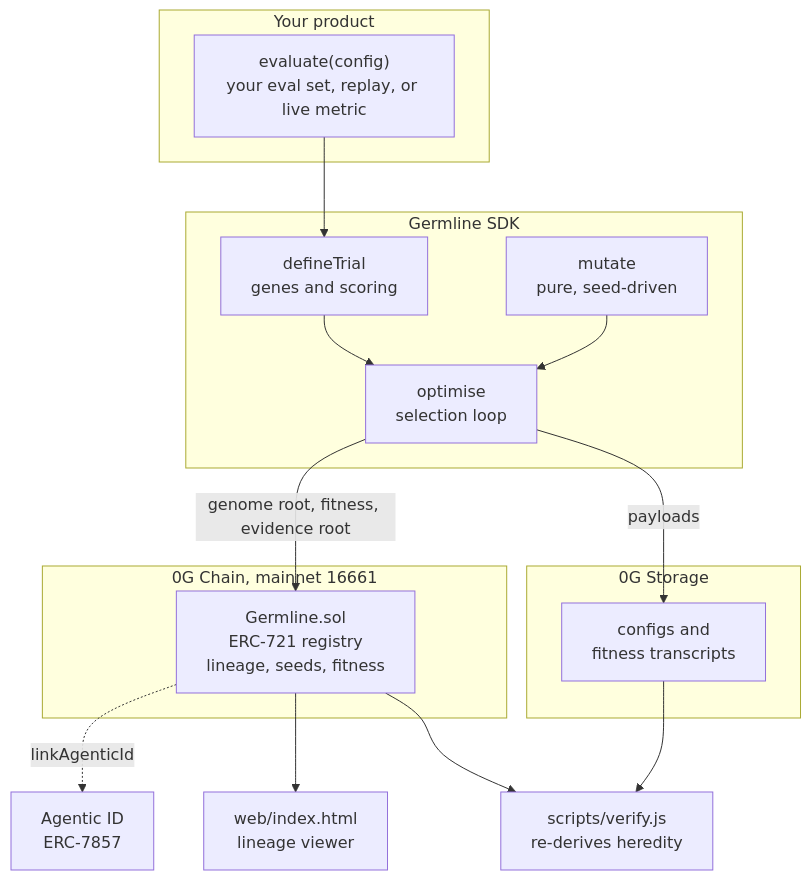
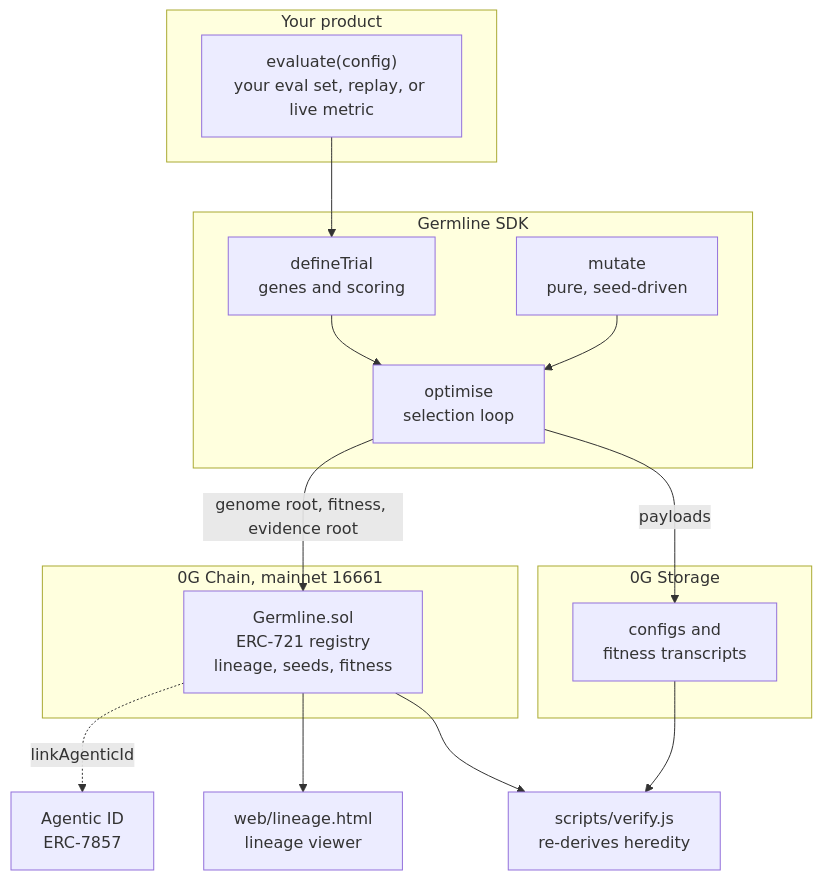
Before and after one commit to let-the-dreamers-rise/germline: the first of 2 diagrams in docs/ARCHITECTURE.md, drawn with Mermaid. The commit also changed 7 other files, not shown here.

````diff
--- a/docs/ARCHITECTURE.md
+++ b/docs/ARCHITECTURE.md
@@ -5,34 +5,34 @@
 ```mermaid
 flowchart TB
   subgraph product["Your product"]
     EV["evaluate(config)\nyour eval set, replay, or live metric"]
   end
 
   subgraph sdk["Germline SDK"]
     TR["defineTrial\ngenes and scoring"]
     MU["mutate\npure, seed-driven"]
     OP["optimise\nselection loop"]
   end
 
   subgraph chain["0G Chain, mainnet 16661"]
     GC["Germline.sol\nERC-721 registry\nlineage, seeds, fitness"]
   end
 
   subgraph storage["0G Storage"]
     ST["configs and\nfitness transcripts"]
   end
 
   AID["Agentic ID\nERC-7857"]
-  VW["web/index.html\nlineage viewer"]
+  VW["web/lineage.html\nlineage viewer"]
   VF["scripts/verify.js\nre-derives heredity"]
 
   EV --> TR
   TR --> OP
   MU --> OP
   OP -->|"genome root, fitness, evidence root"| GC
   OP -->|"payloads"| ST
   GC -.->|"linkAgenticId"| AID
   GC --> VW
   GC --> VF
   ST --> VF
 ```
````
